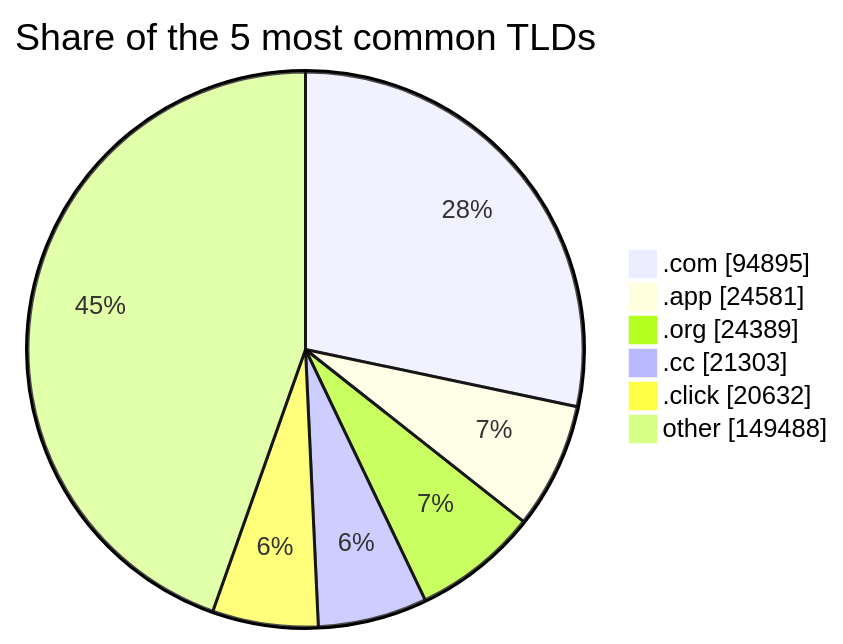
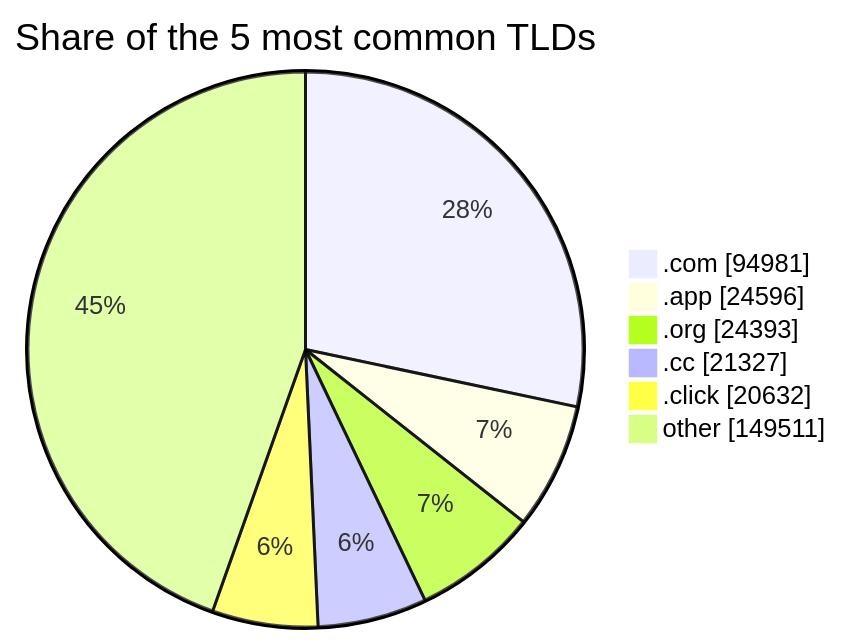
The third of 3 diagrams in README.md (DNSBunker/CTI), drawn with Mermaid before and after one commit. The commit also changed other lines of this file and 4 other files, not shown here.

````diff
--- a/README.md
+++ b/README.md
@@ -81,9 +81,9 @@
 ```mermaid
 pie showData title Share of the 5 most common TLDs
-    ".com" : 94895
-    ".app" : 24581
-    ".org" : 24389
-    ".cc" : 21303
+    ".com" : 94981
+    ".app" : 24596
+    ".org" : 24393
+    ".cc" : 21327
     ".click" : 20632
-    "other" : 149488
+    "other" : 149511
 ```
````
